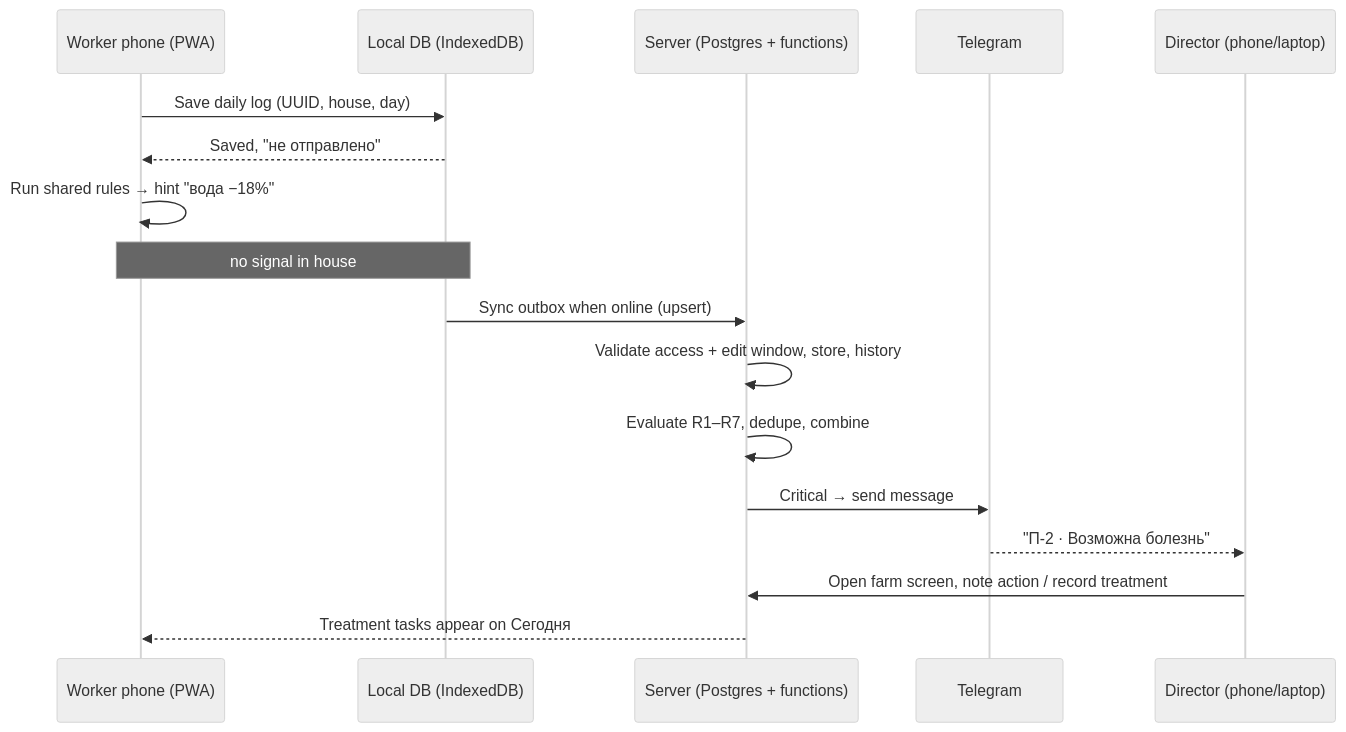
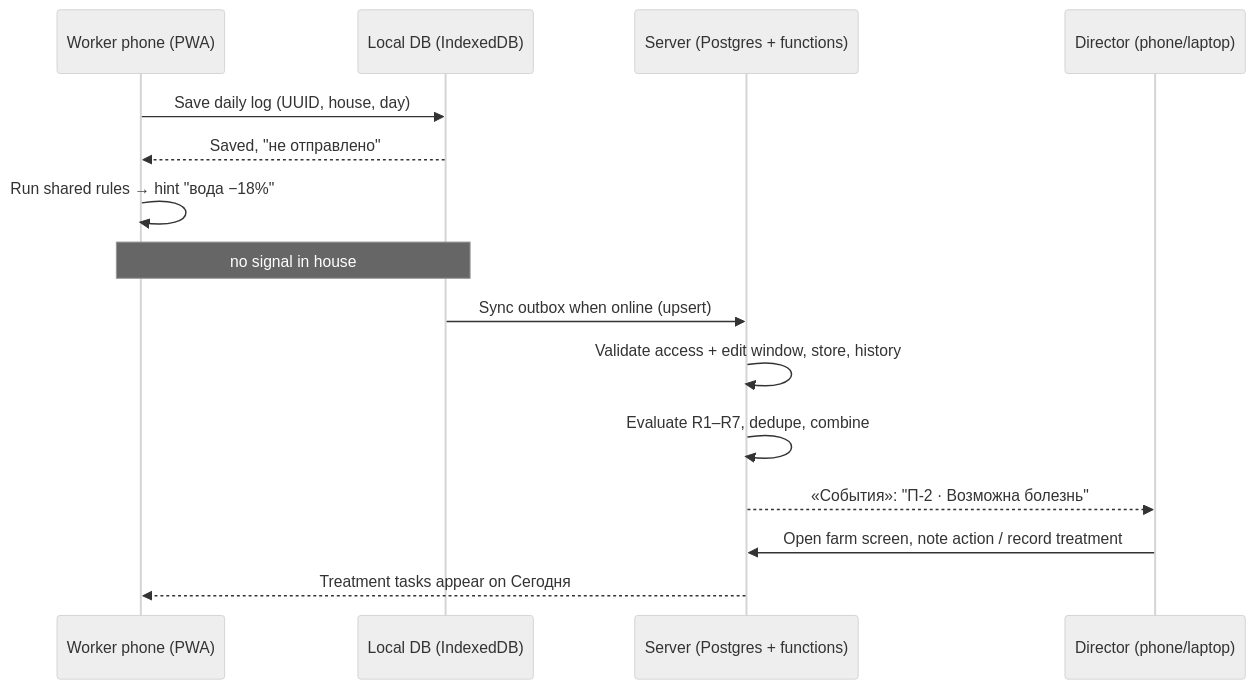
Before and after one commit to Nursul7an/poultry-farm: the first of 3 diagrams in docs/tz-broiler-farm-app.md, drawn with Mermaid (neutral theme). The commit also changed other lines of this file and 37 other files, not shown here.

````diff
--- a/docs/tz-broiler-farm-app.md
+++ b/docs/tz-broiler-farm-app.md
@@ -145,19 +144,17 @@
 ```mermaid
 sequenceDiagram
   participant W as Worker phone (PWA)
   participant L as Local DB (IndexedDB)
   participant S as Server (Postgres + functions)
-  participant T as Telegram
   participant H as Director (phone/laptop)
   W->>L: Save daily log (UUID, house, day)
   L-->>W: Saved, "не отправлено"
   W->>W: Run shared rules → hint "вода −18%"
   Note over W,L: no signal in house
   L->>S: Sync outbox when online (upsert)
   S->>S: Validate access + edit window, store, history
   S->>S: Evaluate R1–R7, dedupe, combine
-  S->>T: Critical → send message
-  T-->>H: "П-2 · Возможна болезнь"
+  S-->>H: «События»: "П-2 · Возможна болезнь"
   H->>S: Open farm screen, note action / record treatment
   S-->>W: Treatment tasks appear on Сегодня
 ```
````
